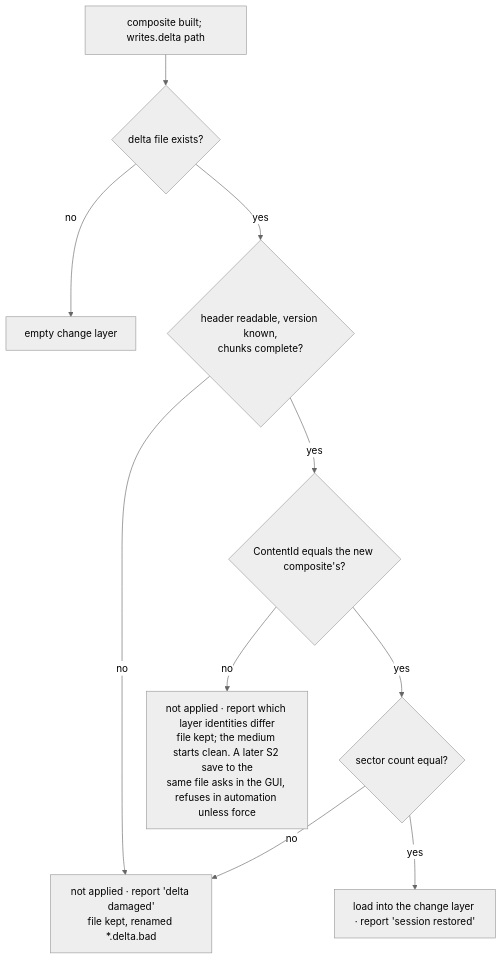
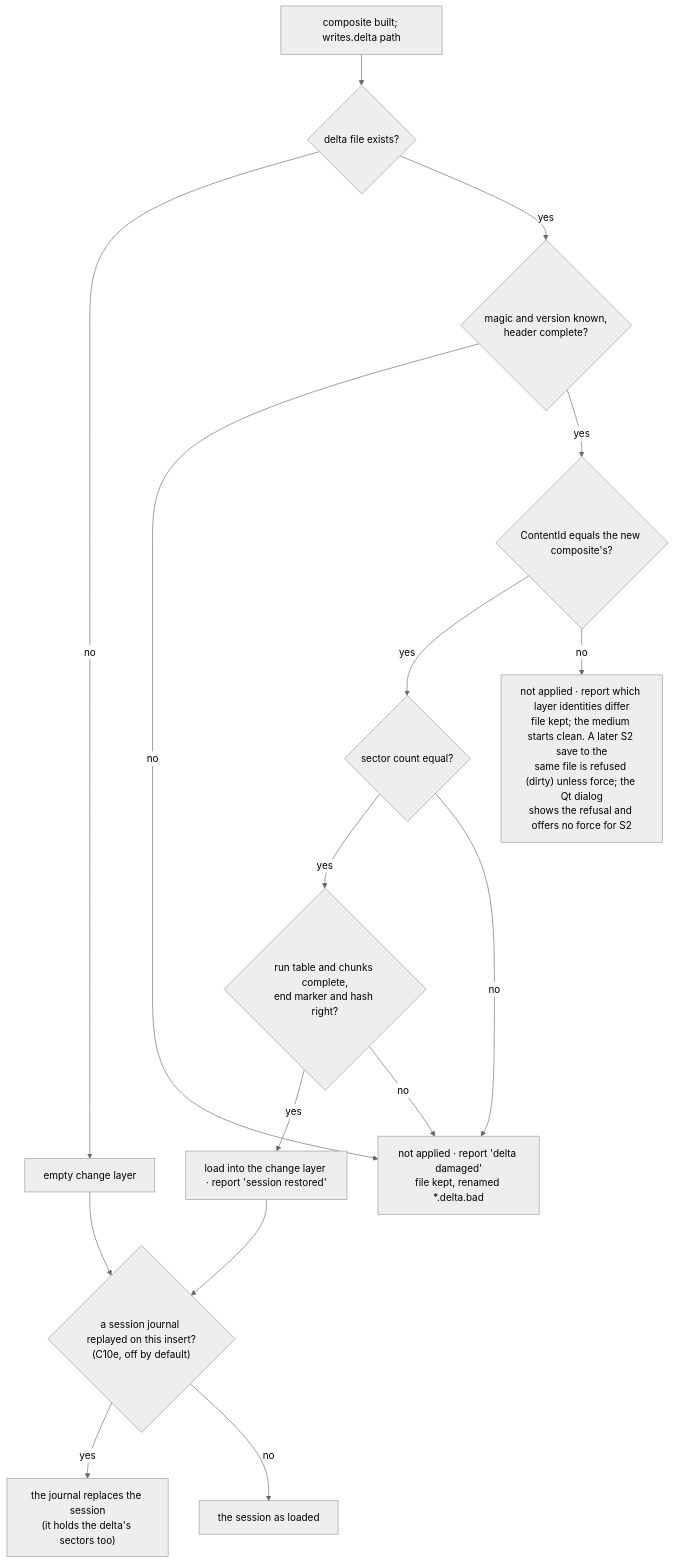
Before and after one commit to alfishe/unreal-ng: the third of 7 diagrams in docs/inprogress/2026-10-05-media-multisource/flatten-strategies.md, drawn with Mermaid (neutral theme). The commit also changed other lines of this file and 57 other files, not shown here.

````diff
--- a/docs/inprogress/2026-10-05-media-multisource/flatten-strategies.md
+++ b/docs/inprogress/2026-10-05-media-multisource/flatten-strategies.md
@@ -179,12 +284,18 @@
 ```mermaid
 flowchart TD
     A["composite built; writes.delta path"] --> B{"delta file exists?"}
     B -->|"no"| CLEAN["empty change layer"]
-    B -->|"yes"| C{"header readable, version known,<br/>chunks complete?"}
+    B -->|"yes"| C{"magic and version known,<br/>header complete?"}
     C -->|"no"| BAD["not applied · report 'delta damaged'<br/>file kept, renamed *.delta.bad"]
     C -->|"yes"| D{"ContentId equals the new composite's?"}
     D -->|"yes"| E{"sector count equal?"}
-    E -->|"yes"| LOAD["load into the change layer · report 'session restored'"]
+    E -->|"yes"| CH{"run table and chunks complete,<br/>end marker and hash right?"}
+    CH -->|"yes"| LOAD["load into the change layer · report 'session restored'"]
+    CH -->|"no"| BAD
     E -->|"no"| BAD
-    D -->|"no"| MIS["not applied · report which layer identities differ<br/>file kept; the medium starts clean. A later S2 save to the<br/>same file asks in the GUI, refuses in automation unless force"]
+    D -->|"no"| MIS["not applied · report which layer identities differ<br/>file kept; the medium starts clean. A later S2 save to the<br/>same file is refused (dirty) unless force; the Qt dialog<br/>shows the refusal and offers no force for S2"]
+    LOAD --> J{"a session journal replayed on this insert?<br/>(C10e, off by default)"}
+    CLEAN --> J
+    J -->|"yes"| JR["the journal replaces the session<br/>(it holds the delta's sectors too)"]
+    J -->|"no"| KEEP["the session as loaded"]
 ```
````
